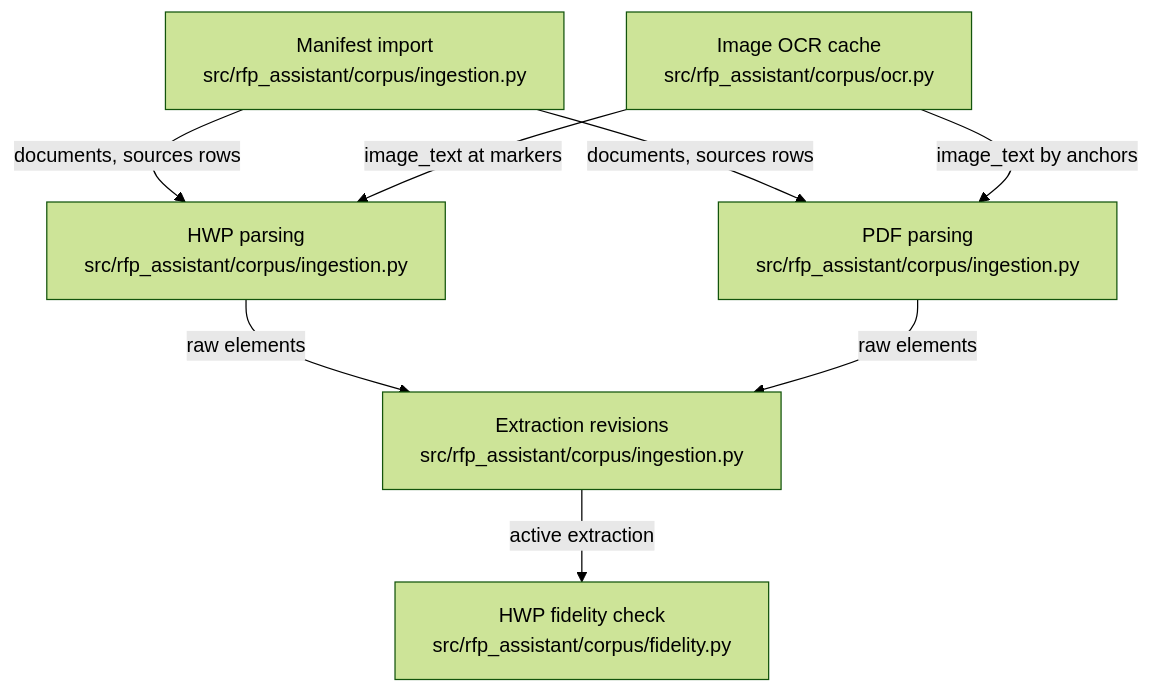
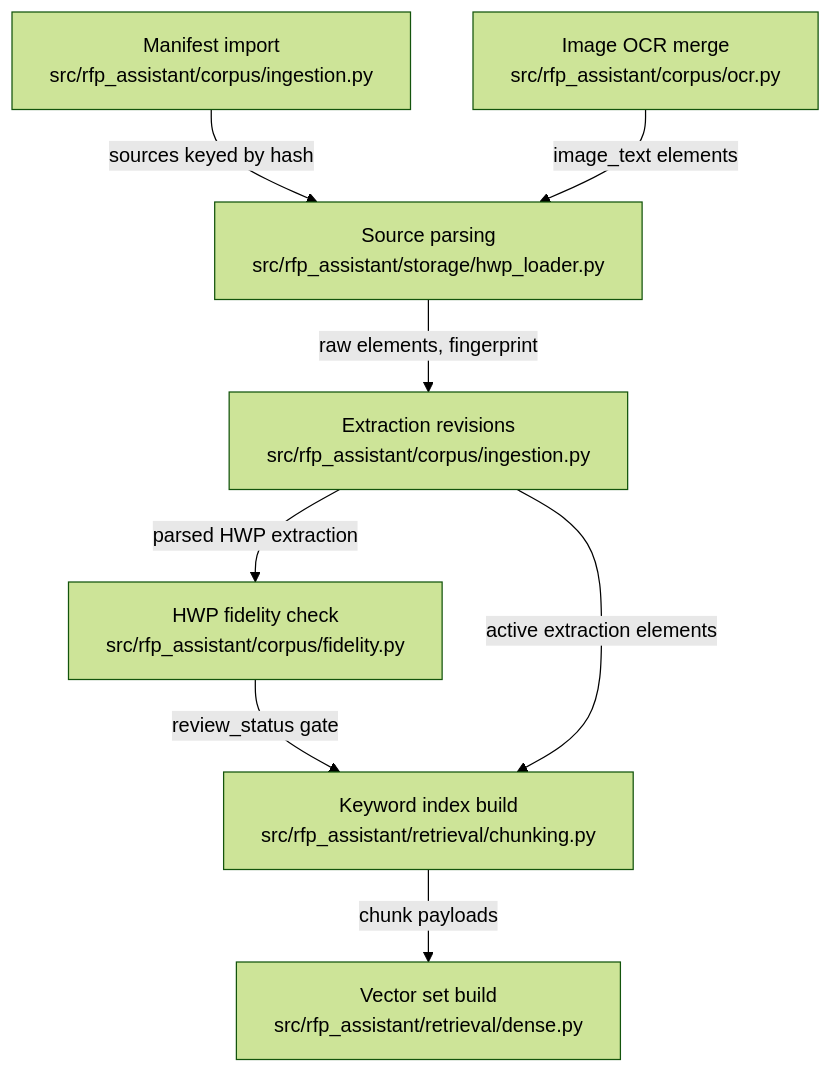
Before and after one commit to littleeeeebit/project-codeit-mid: the diagram in .omm/overall-architecture/corpus-pipeline/diagram.mmd, drawn with Mermaid (forest theme). The commit also changed 359 other files, not shown here.

Commit message:
Refresh wiki and architecture before merge

```diff
--- a/.omm/overall-architecture/corpus-pipeline/diagram.mmd
+++ b/.omm/overall-architecture/corpus-pipeline/diagram.mmd
@@ -1,8 +1,15 @@
 graph TD
-  manifest-import["Manifest import\nsrc/rfp_assistant/corpus/ingestion.py"] -->|"documents, sources rows"| hwp-parsing["HWP parsing\nsrc/rfp_assistant/corpus/ingestion.py"]
-  manifest-import -->|"documents, sources rows"| pdf-parsing["PDF parsing\nsrc/rfp_assistant/corpus/ingestion.py"]
-  image-ocr["Image OCR cache\nsrc/rfp_assistant/corpus/ocr.py"] -->|"image_text at markers"| hwp-parsing
-  image-ocr -->|"image_text by anchors"| pdf-parsing
-  hwp-parsing -->|"raw elements"| extraction-revisions["Extraction revisions\nsrc/rfp_assistant/corpus/ingestion.py"]
-  pdf-parsing -->|"raw elements"| extraction-revisions
-  extraction-revisions -->|"active extraction"| fidelity-check["HWP fidelity check\nsrc/rfp_assistant/corpus/fidelity.py"]
+  manifest-import["Manifest import\nsrc/rfp_assistant/corpus/ingestion.py"]
+  source-parsing["Source parsing\nsrc/rfp_assistant/storage/hwp_loader.py"]
+  ocr-merge["Image OCR merge\nsrc/rfp_assistant/corpus/ocr.py"]
+  revision-assignment["Extraction revisions\nsrc/rfp_assistant/corpus/ingestion.py"]
+  fidelity-check["HWP fidelity check\nsrc/rfp_assistant/corpus/fidelity.py"]
+  keyword-build["Keyword index build\nsrc/rfp_assistant/retrieval/chunking.py"]
+  dense-build["Vector set build\nsrc/rfp_assistant/retrieval/dense.py"]
+  manifest-import -->|"sources keyed by hash"| source-parsing
+  ocr-merge -->|"image_text elements"| source-parsing
+  source-parsing -->|"raw elements, fingerprint"| revision-assignment
+  revision-assignment -->|"parsed HWP extraction"| fidelity-check
+  fidelity-check -->|"review_status gate"| keyword-build
+  revision-assignment -->|"active extraction elements"| keyword-build
+  keyword-build -->|"chunk payloads"| dense-build
```
